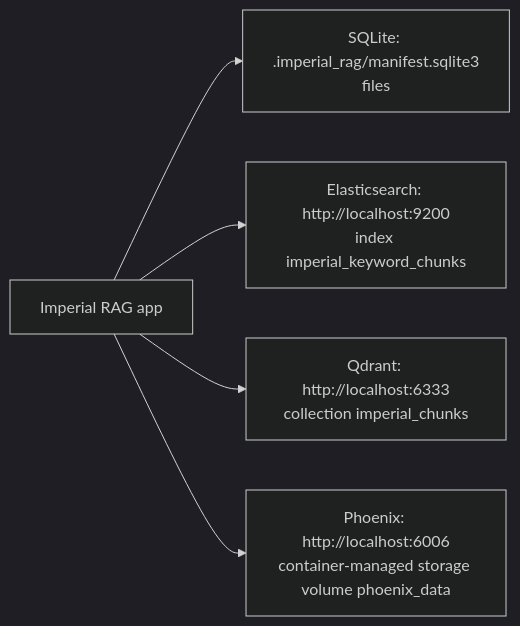
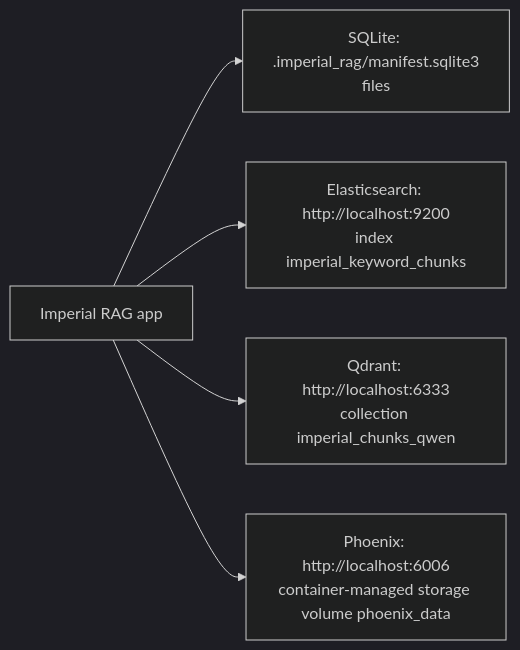
One commit to danil123zxc/imperial changed the second of 2 diagrams in docs/database-schema-diagram.md. Above: the diagram before and after it, drawn with Mermaid (dark theme). The commit also changed other lines of this file and 1 other file, not shown here.

Commit message:
docs: add rag pipeline schema

````diff
--- a/docs/database-schema-diagram.md
+++ b/docs/database-schema-diagram.md
@@ -116,13 +116,13 @@
 ```mermaid
 flowchart LR
     app["Imperial RAG app"]
     manifest["SQLite: .imperial_rag/manifest.sqlite3<br/>files"]
     keyword["Elasticsearch: http://localhost:9200<br/>index imperial_keyword_chunks"]
-    qdrant["Qdrant: http://localhost:6333<br/>collection imperial_chunks"]
+    qdrant["Qdrant: http://localhost:6333<br/>collection imperial_chunks_qwen"]
     phoenix["Phoenix: http://localhost:6006<br/>container-managed storage volume phoenix_data"]
 
     app --> manifest
     app --> keyword
     app --> qdrant
     app --> phoenix
 ```
````
